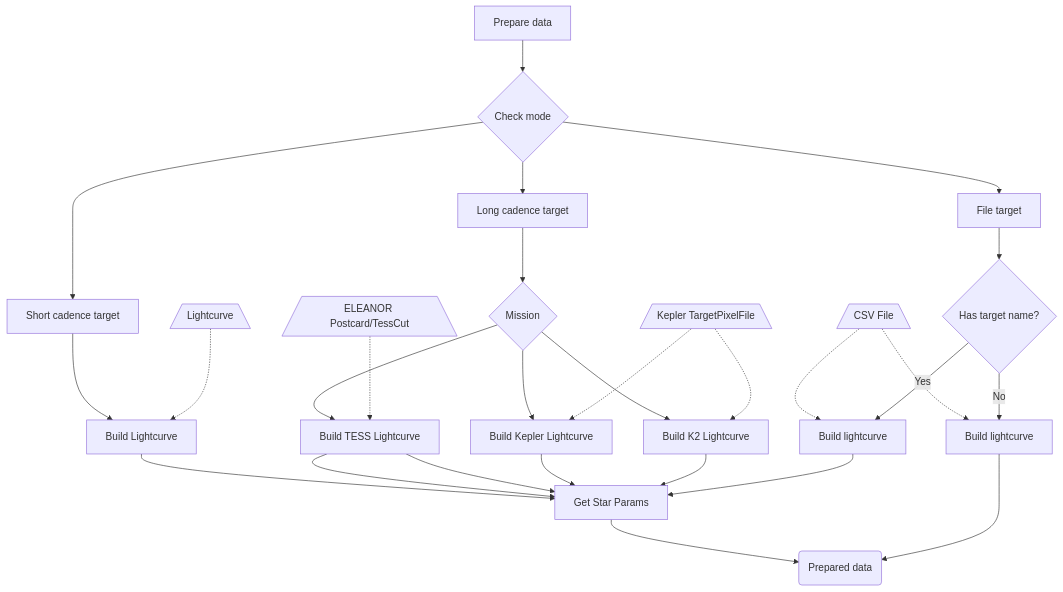
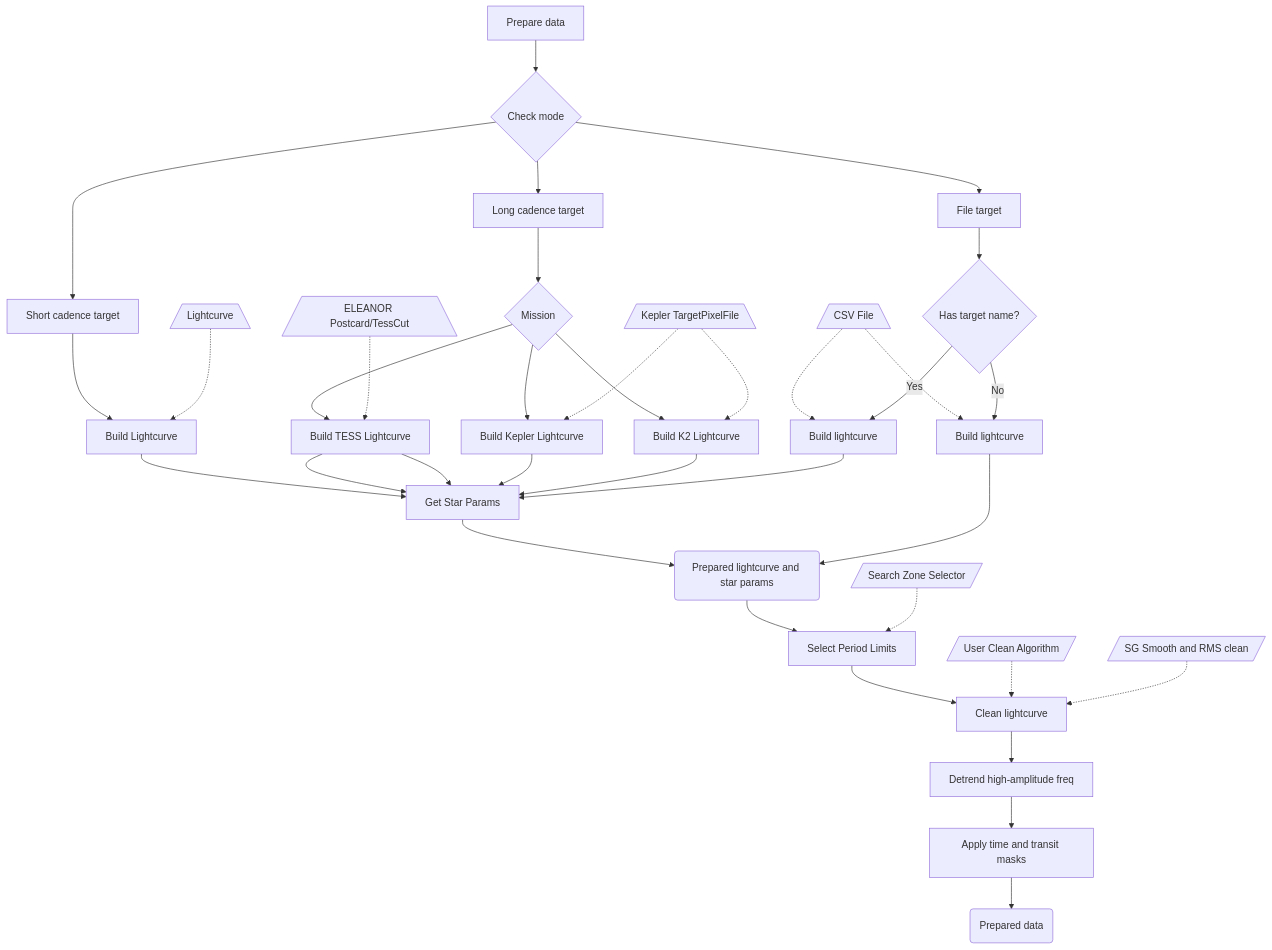
Before and after one commit to franpoz/SHERLOCK: the first of 2 diagrams in docs/source/search-proc.rst, drawn with Mermaid. The commit also changed other lines of this file and 5 other files, not shown here.

```diff
--- a/docs/source/search-proc.rst
+++ b/docs/source/search-proc.rst
@@ -39,33 +39,42 @@
    .. mermaid::
 
       flowchart TB
           A[Prepare data] --> B{Check mode}
               B --> C[Long cadence target]
               B --> D[Short cadence target]
               B --> E[File target]
               C --> F{Mission}
 
               D --> Short_builder[Build Lightcurve]
               Lightkurve[/Lightcurve\] -.-> Short_builder
               Short_builder --> StarInfo[Get Star Params]
 
               F --> TESS_Long[Build TESS Lightcurve]
               F --> Kepler_Long[Build Kepler Lightcurve]
               F --> K2_Long[Build K2 Lightcurve]
               ELEANOR[/ELEANOR Postcard/TessCut\] -.-> TESS_Long
               LightKurve[/Kepler TargetPixelFile\] -.-> Kepler_Long
               LightKurve[/Kepler TargetPixelFile\] -.-> K2_Long
               TESS_Long --> StarInfo[Get Star Params]
               TESS_Long --> StarInfo
               Kepler_Long --> StarInfo
               K2_Long --> StarInfo
 
-              StarInfo --> Target_lightcurve(Prepared data)
+              StarInfo --> Target_lightcurve(Prepared lightcurve and star params)
 
               E --> HasName{Has target name?}
               File[/CSV File\] -.-> BuildFromFile
               File[/CSV File\] -.-> BuildFromFile1
               HasName -- No --> BuildFromFile[Build lightcurve]
               HasName -- Yes --> BuildFromFile1[Build lightcurve]
               BuildFromFile --> Target_lightcurve
               BuildFromFile1 --> StarInfo
+
+              Target_lightcurve --> SelectPeriods[Select Period Limits]
+              SearchZone[/Search Zone Selector/] -.-> SelectPeriods
+              SelectPeriods --> CleanCurve[Clean light curve]
+              CustomPreparer[/User Clean Algorithm/] -.-> CleanCurve[Clean lightcurve]
+              SGRMS[/SG Smooth and RMS clean/] -.-> CleanCurve
+              CleanCurve --> HighPeriod[Detrend high-amplitude freq]
+              HighPeriod --> ApplyMask[Apply time and transit masks]
+              ApplyMask --> PreparedData(Prepared data)
```
